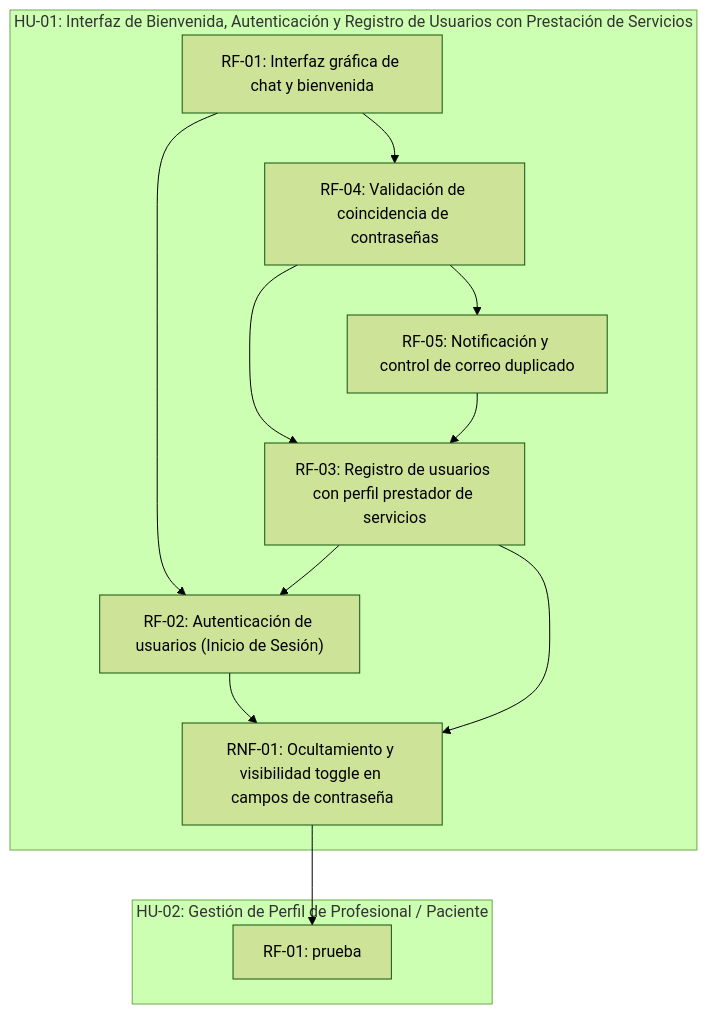
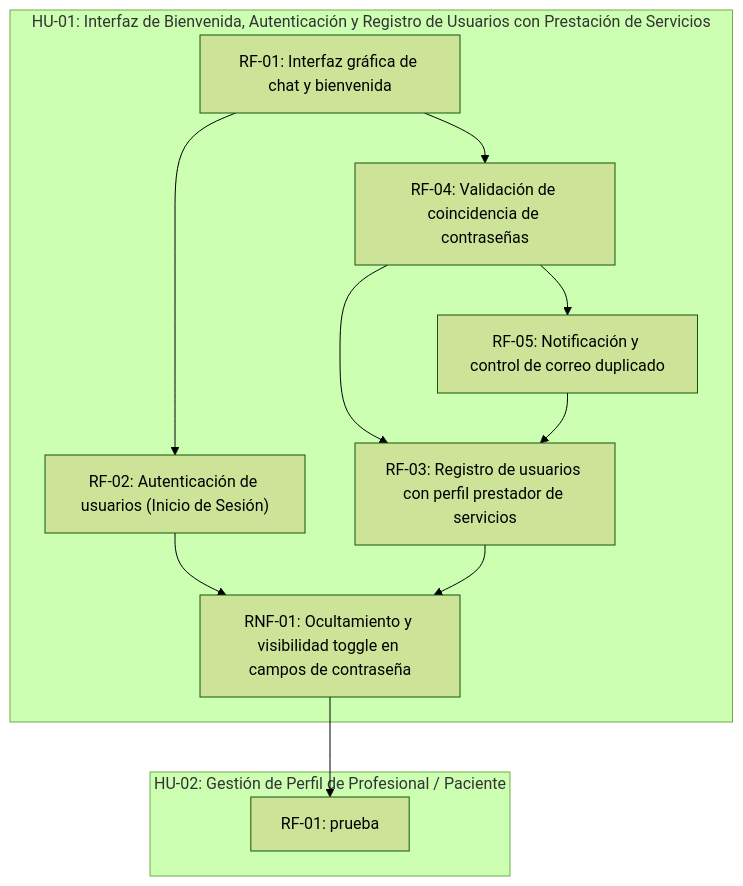
One commit to fiemcasals/refactoryProfesionales changed the diagram in docs/grafo.md. Above: the diagram before and after it, drawn with Mermaid (forest theme). The commit also changed other lines of this file, not shown here.

````diff
--- a/docs/grafo.md
+++ b/docs/grafo.md
@@ -5,23 +5,22 @@
 ```mermaid
 graph TD
   subgraph US_1785510643692["HU-01: Interfaz de Bienvenida, Autenticación y Registro de Usuarios con Prestación de Servicios"]
     REQ_1785771199977["RF-01: Interfaz gráfica de chat y bienvenida"]
     REQ_1785771214294["RF-02: Autenticación de usuarios (Inicio de Sesión)"]
     REQ_1785771214393["RF-03: Registro de usuarios con perfil prestador de servicios"]
     REQ_1785771214462["RF-04: Validación de coincidencia de contraseñas"]
     REQ_1785771214528["RF-05: Notificación y control de correo duplicado"]
     REQ_1785771214595["RNF-01: Ocultamiento y visibilidad toggle en campos de contraseña"]
   end
   subgraph US_1785769796519["HU-02: Gestión de Perfil de Profesional / Paciente"]
     REQ_1786726707284["RF-01: prueba"]
   end
   REQ_1785771199977 --> REQ_1785771214294
-  REQ_1785771214393 --> REQ_1785771214294
   REQ_1785771214462 --> REQ_1785771214393
   REQ_1785771214528 --> REQ_1785771214393
   REQ_1785771199977 --> REQ_1785771214462
   REQ_1785771214462 --> REQ_1785771214528
   REQ_1785771214294 --> REQ_1785771214595
   REQ_1785771214393 --> REQ_1785771214595
   REQ_1785771214595 --> REQ_1786726707284
 ```
````
